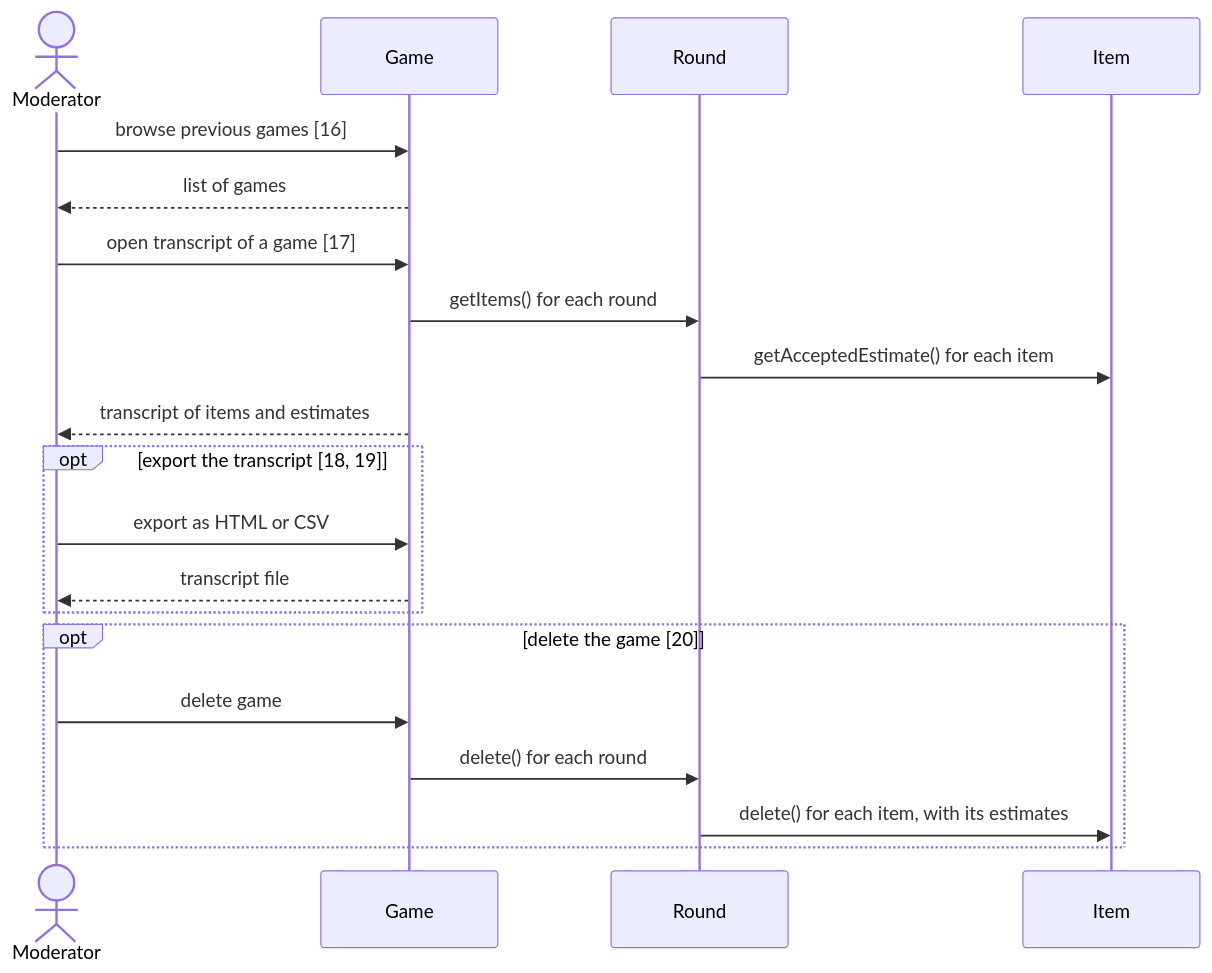
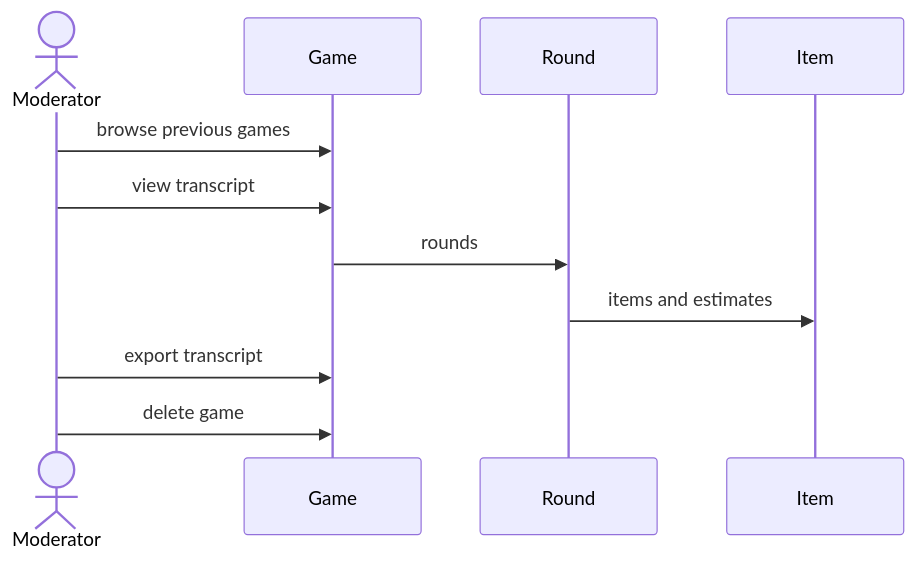
One commit to grumartin/user-story-domain-model-datasets changed the diagram in 4_gold_standard_sequence_diagrams/planningpoker/sd7_previous_games.mmd. Above: the diagram before and after it, drawn with Mermaid. The commit also changed 151 other files, not shown here.

Commit message:
Adapt domain models to revised gold and silver standard & Create Sequence Diagrams for all Projects (#2)

```diff
--- a/4_gold_standard_sequence_diagrams/planningpoker/sd7_previous_games.mmd
+++ b/4_gold_standard_sequence_diagrams/planningpoker/sd7_previous_games.mmd
@@ -1,24 +1,19 @@
 sequenceDiagram
     %% SD7 - Manage previous games
     %% Stories: 16, 17, 18, 19, 20
-    %% Description: The moderator finds a previous game, views its transcript, can export it as HTML or CSV, and can delete the game with its items and estimates.
+    %% Description: The moderator browses previous games, views and exports a transcript, and deletes a game.
     actor M as Moderator
     participant G as Game
     participant R as Round
     participant I as Item
 
-    M->>G: browse previous games [16]
-    G-->>M: list of games
-    M->>G: open transcript of a game [17]
-    G->>R: getItems() for each round
-    R->>I: getAcceptedEstimate() for each item
-    G-->>M: transcript of items and estimates
-    opt export the transcript [18, 19]
-        M->>G: export as HTML or CSV
-        G-->>M: transcript file
-    end
-    opt delete the game [20]
-        M->>G: delete game
-        G->>R: delete() for each round
-        R->>I: delete() for each item, with its estimates
-    end
+    %% covers 16
+    M->>G: browse previous games
+    %% covers 17
+    M->>G: view transcript
+    G->>R: rounds
+    R->>I: items and estimates
+    %% covers 18, 19
+    M->>G: export transcript
+    %% covers 20
+    M->>G: delete game
```
